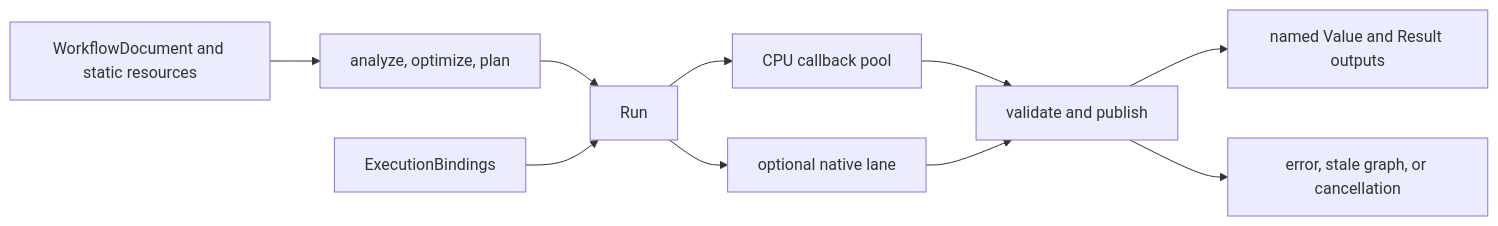
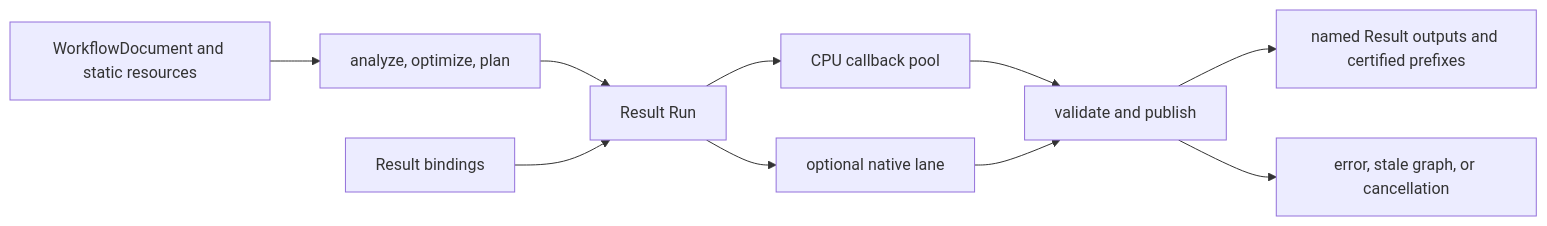
One commit to kevin-zf1123/photospider changed the diagram in docs/kernel-architecture/Compiler-and-Execution.md. Above: the diagram before and after it, drawn with Mermaid. The commit also changed other lines of this file and 815 other files, not shown here.

````diff
--- a/docs/kernel-architecture/Compiler-and-Execution.md
+++ b/docs/kernel-architecture/Compiler-and-Execution.md
@@ -9,12 +17,12 @@
 ```mermaid
 flowchart LR
     D[WorkflowDocument and static resources] --> C[analyze, optimize, plan]
-    C --> R[Run]
-    B[ExecutionBindings] --> R
+    C --> R[Result Run]
+    B[Result bindings] --> R
     R --> CPU[CPU callback pool]
     R --> GPU[optional native lane]
     CPU --> J[validate and publish]
     GPU --> J
-    J --> O[named Value and Result outputs]
+    J --> O[named Result outputs and certified prefixes]
     J --> E[error, stale graph, or cancellation]
 ```
````
